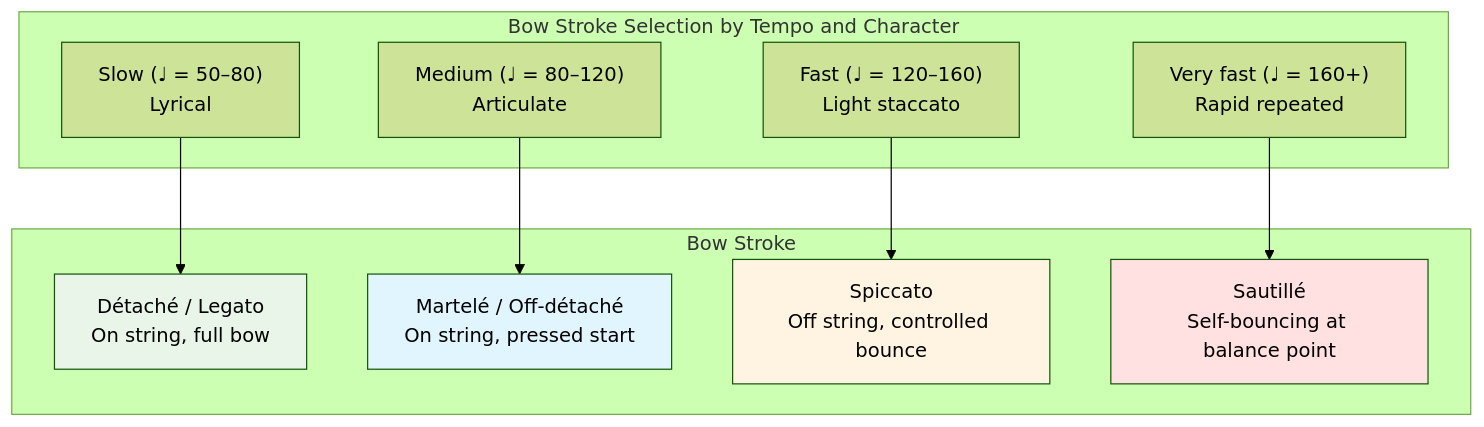
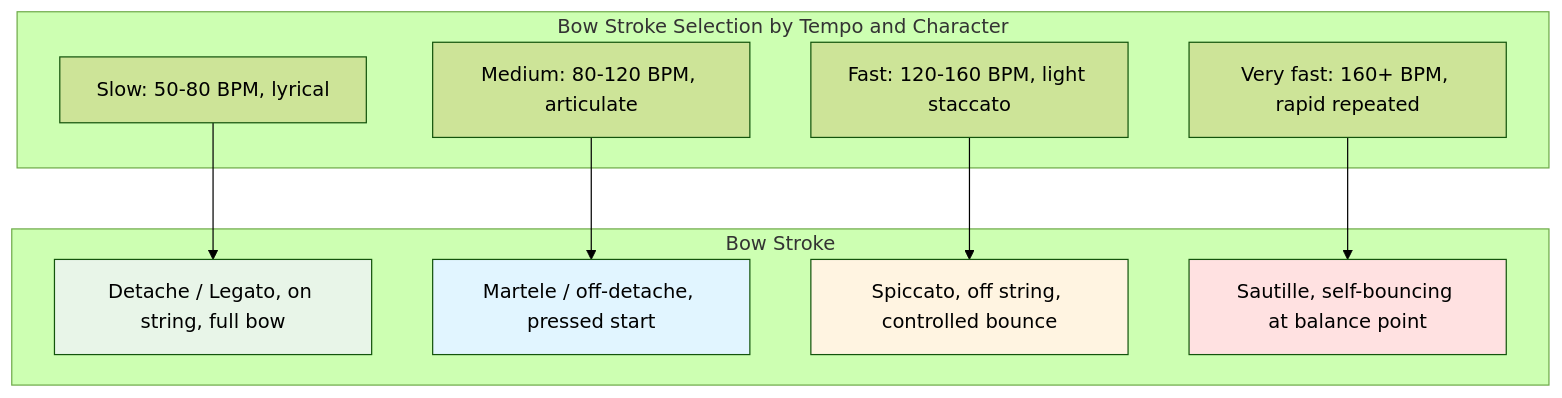
One commit to blebleblee/synapse changed the fifth of 8 diagrams in topics/arts/music_performance/strings/lesson_01_string_techniques.md. Above: the diagram before and after it, drawn with Mermaid (forest theme). The commit also changed other lines of this file and 4 other files, not shown here.

````diff
--- a/topics/arts/music_performance/strings/lesson_01_string_techniques.md
+++ b/topics/arts/music_performance/strings/lesson_01_string_techniques.md
@@ -499,26 +484,26 @@
 ```mermaid
 flowchart TD
     subgraph sub_bow ["Bow Stroke Selection by Tempo and Character"]
-        T1["Slow (♩ = 50–80)<br/>Lyrical"]
-        T2["Medium (♩ = 80–120)<br/>Articulate"]
-        T3["Fast (♩ = 120–160)<br/>Light staccato"]
-        T4["Very fast (♩ = 160+)<br/>Rapid repeated"]
+        T1["Slow: 50-80 BPM, lyrical"]
+        T2["Medium: 80-120 BPM, articulate"]
+        T3["Fast: 120-160 BPM, light staccato"]
+        T4["Very fast: 160+ BPM, rapid repeated"]
     end
 
     subgraph sub_stroke ["Bow Stroke"]
-        S1["Détaché / Legato<br/>On string, full bow"]
-        S2["Martelé / Off-détaché<br/>On string, pressed start"]
-        S3["Spiccato<br/>Off string, controlled bounce"]
-        S4["Sautillé<br/>Self-bouncing at balance point"]
+        S1["Detache / Legato, on string, full bow"]
+        S2["Martele / off-detache, pressed start"]
+        S3["Spiccato, off string, controlled bounce"]
+        S4["Sautille, self-bouncing at balance point"]
     end
 
     T1 --> S1
     T2 --> S2
     T3 --> S3
     T4 --> S4
 
     style S1 fill:#e8f5e8
     style S2 fill:#e1f5ff
     style S3 fill:#fff4e1
     style S4 fill:#ffe1e1
 ```
````
